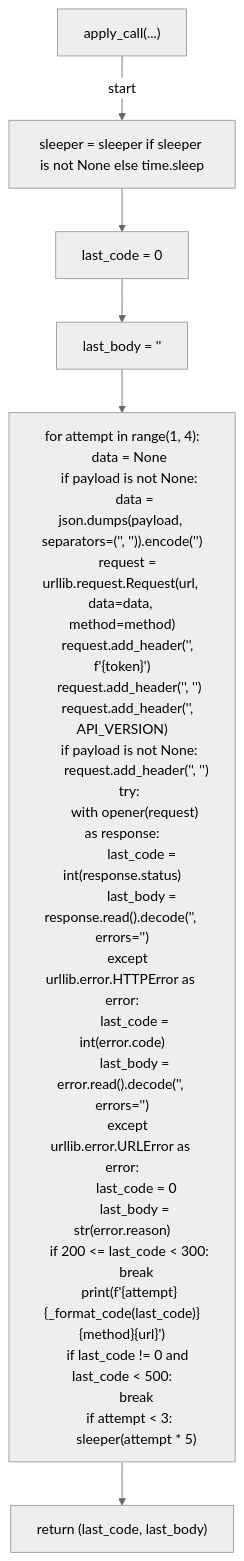
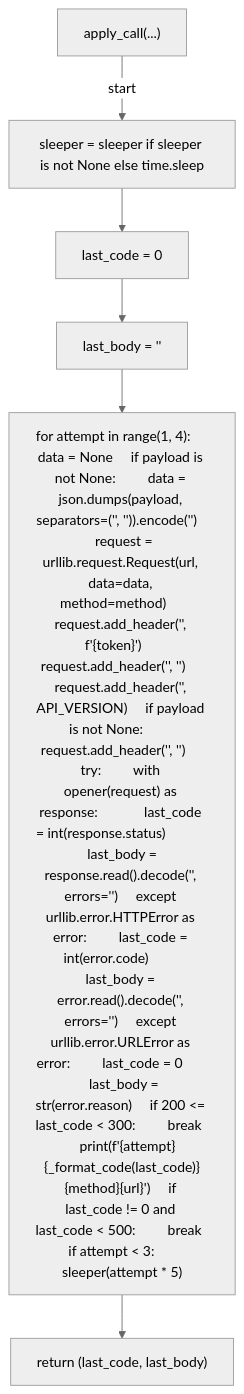
Before and after one commit to tvna/claude-md: the second of 5 diagrams in docs/generated/scripts/ast/_github_api.md, drawn with Mermaid (neutral theme). The commit also changed other lines of this file and 20 other files, not shown here.

First line of the commit message:
docs(generated): regenerate decision tree and workflow diagrams (batch 1/5)

````diff
--- a/docs/generated/scripts/ast/_github_api.md
+++ b/docs/generated/scripts/ast/_github_api.md
@@ -16,40 +16,14 @@
 ```mermaid
 flowchart TD
     N001["apply_call(...)"]
     N002["sleeper = sleeper if sleeper is not None else time.sleep"]
     N003["last_code = 0"]
     N004["last_body = '<str>'"]
-    N005["for attempt in range(1, 4):
-    data = None
-    if payload is not None:
-        data = json.dumps(payload, separators=('<str>', '<str>')).encode('<str>')
-    request = urllib.request.Request(url, data=data, method=method)
-    request.add_header('<str>', f'<str>{token}')
-    request.add_header('<str>', '<str>')
-    request.add_header('<str>', API_VERSION)
-    if payload is not None:
-        request.add_header('<str>', '<str>')
-    try:
-        with opener(request) as response:
-            last_code = int(response.status)
-            last_body = response.read().decode('<str>', errors='<str>')
-    except urllib.error.HTTPError as error:
-        last_code = int(error.code)
-        last_body = error.read().decode('<str>', errors='<str>')
-    except urllib.error.URLError as error:
-        last_code = 0
-        last_body = str(error.reason)
-    if 200 <= last_code < 300:
-        break
-    print(f'<str>{attempt}<str>{_format_code(last_code)}<str>{method}<str>{url}')
-    if last_code != 0 and last_code < 500:
-        break
-    if attempt < 3:
-        sleeper(attempt * 5)"]
+    N005["for attempt in range(1, 4):     data = None     if payload is not None:         data = json.dumps(payload, separators=('<str>', '<str>')).encode('<str>')     request = urllib.request.Request(url, data=data, method=method)     request.add_header('<str>', f'<str>{token}')     request.add_header('<str>', '<str>')     request.add_header('<str>', API_VERSION)     if payload is not None:         request.add_header('<str>', '<str>')     try:         with opener(request) as response:             last_code = int(response.status)             last_body = response.read().decode('<str>', errors='<str>')     except urllib.error.HTTPError as error:         last_code = int(error.code)         last_body = error.read().decode('<str>', errors='<str>')     except urllib.error.URLError as error:         last_code = 0         last_body = str(error.reason)     if 200 <= last_code < 300:         break     print(f'<str>{attempt}<str>{_format_code(last_code)}<str>{method}<str>{url}')     if last_code != 0 and last_code < 500:         break     if attempt < 3:         sleeper(attempt * 5)"]
     N006["return (last_code, last_body)"]
     N001 -->|"start"| N002
     N002 --> N003
     N003 --> N004
     N004 --> N005
     N005 --> N006
 ```
````
